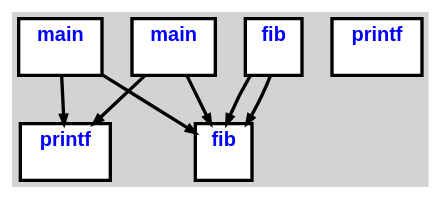
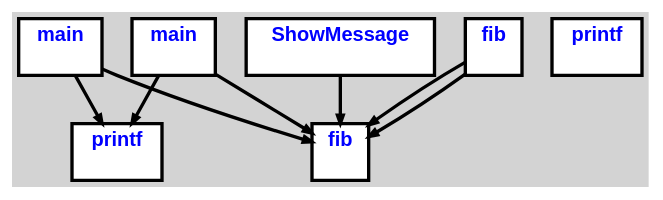
Before and after one commit to aveen007/CountingMonkeys: the diagram in cpoCompilerWin/CG.all.dot, drawn with Graphviz. The commit also changed 19 other files, not shown here.

```diff
--- a/cpoCompilerWin/CG.all.dot
+++ b/cpoCompilerWin/CG.all.dot
@@ -1,20 +1,22 @@
 digraph G {
 ordering=out;
 ranksep=.4;
 bgcolor="lightgrey";  node [shape=box, fixedsize=false, fontsize=12, fontname="Helvetica-bold", fontcolor="blue"
 width=.25, height=.25, color="black", fillcolor="white", style="filled, solid, bold"];
 
 edge [arrowsize=.5, color="black", style="bold"]
-    n0000123E69CA1BE0 [label="fib\n "]
-    n0000123E69CA2000 [label="printf\n "]
-    n0000123E69CA22A0 [label="main\n "]
-    n0000123E69CA22A0 -> n0000123E69CA2000
-    n0000123E69CA22A0 -> n0000123E69CA1BE0
-    n0000123E69CA2780 [label="fib\n "]
-    n0000123E69CA2780 -> n0000123E69CA1BE0
-    n0000123E69CA2780 -> n0000123E69CA1BE0
-    n0000123E69CA2F60 [label="printf\n "]
-    n0000123E69CA4400 [label="main\n "]
-    n0000123E69CA4400 -> n0000123E69CA2000
-    n0000123E69CA4400 -> n0000123E69CA1BE0
+    n000011C81FF21D60 [label="fib\n "]
+    n000011C81FF22180 [label="printf\n "]
+    n000011C81FF22420 [label="main\n "]
+    n000011C81FF22420 -> n000011C81FF22180
+    n000011C81FF22420 -> n000011C81FF21D60
+    n000011C81FF229C0 [label="ShowMessage\n "]
+    n000011C81FF229C0 -> n000011C81FF21D60
+    n000011C81FF23380 [label="fib\n "]
+    n000011C81FF23380 -> n000011C81FF21D60
+    n000011C81FF23380 -> n000011C81FF21D60
+    n000011C81FF23B60 [label="printf\n "]
+    n000011C81FF25000 [label="main\n "]
+    n000011C81FF25000 -> n000011C81FF22180
+    n000011C81FF25000 -> n000011C81FF21D60
 }
```
